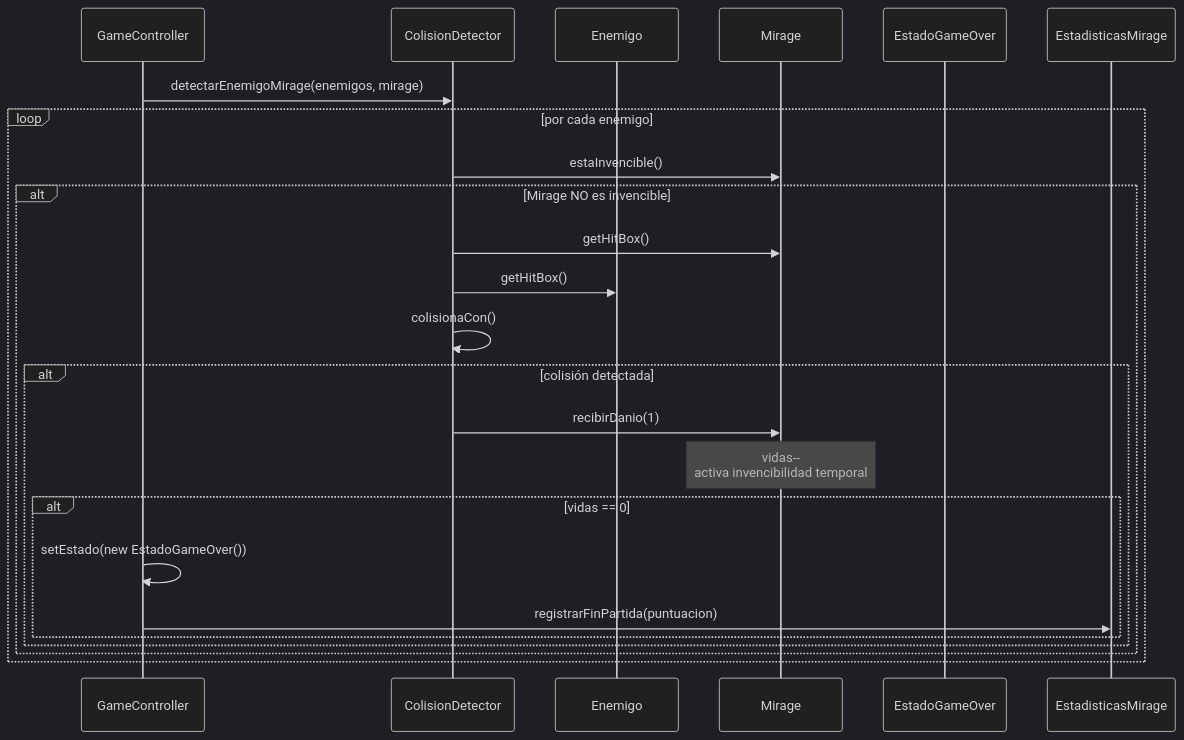
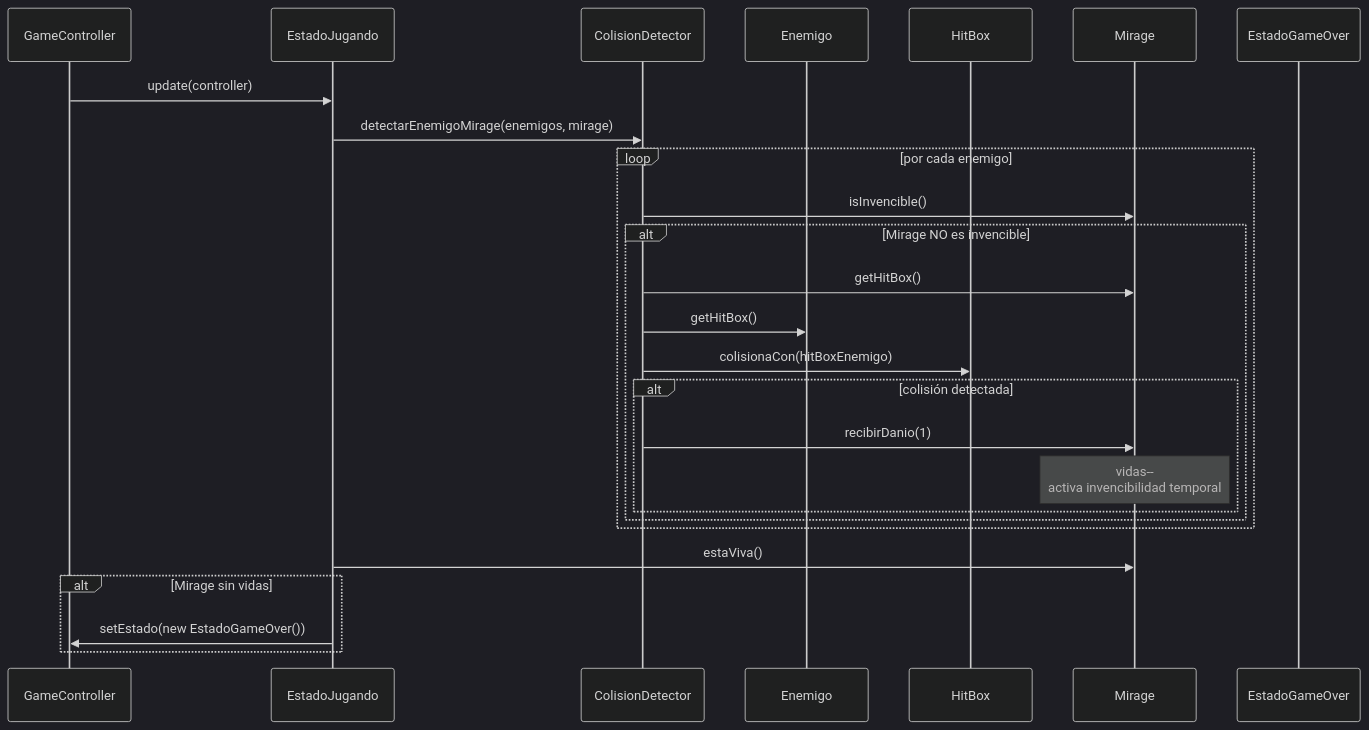
One commit to Christian-Rojas-Rodriguez/juego-1982 changed the fifth of 6 diagrams in docs/analisis/casos-de-uso.md. Above: the diagram before and after it, drawn with Mermaid (dark theme). The commit also changed other lines of this file and 1 other file, not shown here.

Commit message:
fix: modificar diagramas de clase y casos de uso

````diff
--- a/docs/analisis/casos-de-uso.md
+++ b/docs/analisis/casos-de-uso.md
@@ -143,26 +159,29 @@
 ```mermaid
 sequenceDiagram
     participant GameController
+    participant EstadoJugando
     participant ColisionDetector
     participant Enemigo
+    participant HitBox
     participant Mirage
     participant EstadoGameOver
 
-    GameController->>ColisionDetector: detectarEnemigoMirage(enemigos, mirage)
+    GameController->>EstadoJugando: update(controller)
+    EstadoJugando->>ColisionDetector: detectarEnemigoMirage(enemigos, mirage)
     loop por cada enemigo
-        ColisionDetector->>Mirage: estaInvencible()
+        ColisionDetector->>Mirage: isInvencible()
         alt Mirage NO es invencible
             ColisionDetector->>Mirage: getHitBox()
             ColisionDetector->>Enemigo: getHitBox()
-            ColisionDetector->>ColisionDetector: colisionaCon()
+            ColisionDetector->>HitBox: colisionaCon(hitBoxEnemigo)
             alt colisión detectada
                 ColisionDetector->>Mirage: recibirDanio(1)
                 Note over Mirage: vidas--<br/>activa invencibilidad temporal
-                alt vidas == 0
-                    GameController->>GameController: setEstado(new EstadoGameOver())
-                    GameController->>EstadisticasMirage: registrarFinPartida(puntuacion)
-                end
             end
         end
     end
+    EstadoJugando->>Mirage: estaViva()
+    alt Mirage sin vidas
+        EstadoJugando->>GameController: setEstado(new EstadoGameOver())
+    end
 ```
````
